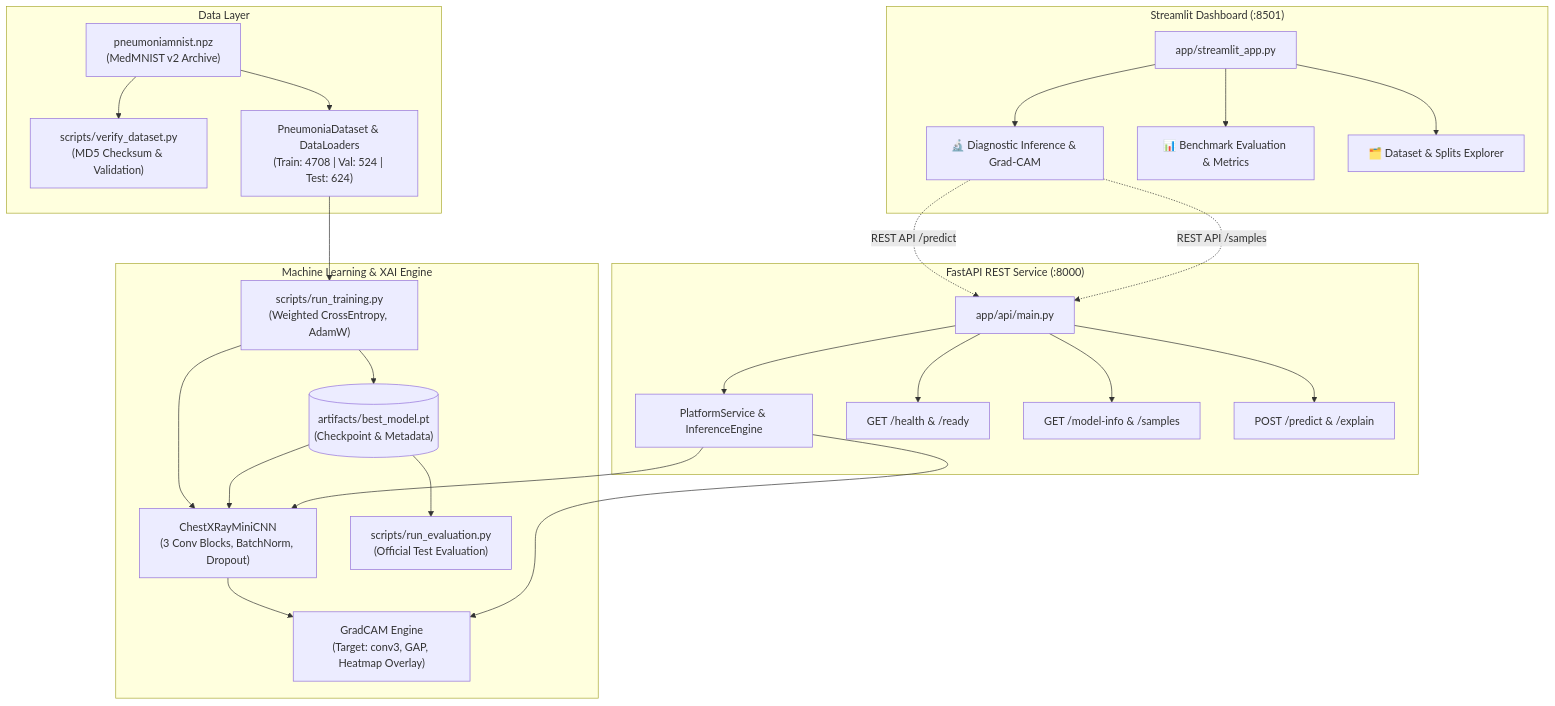
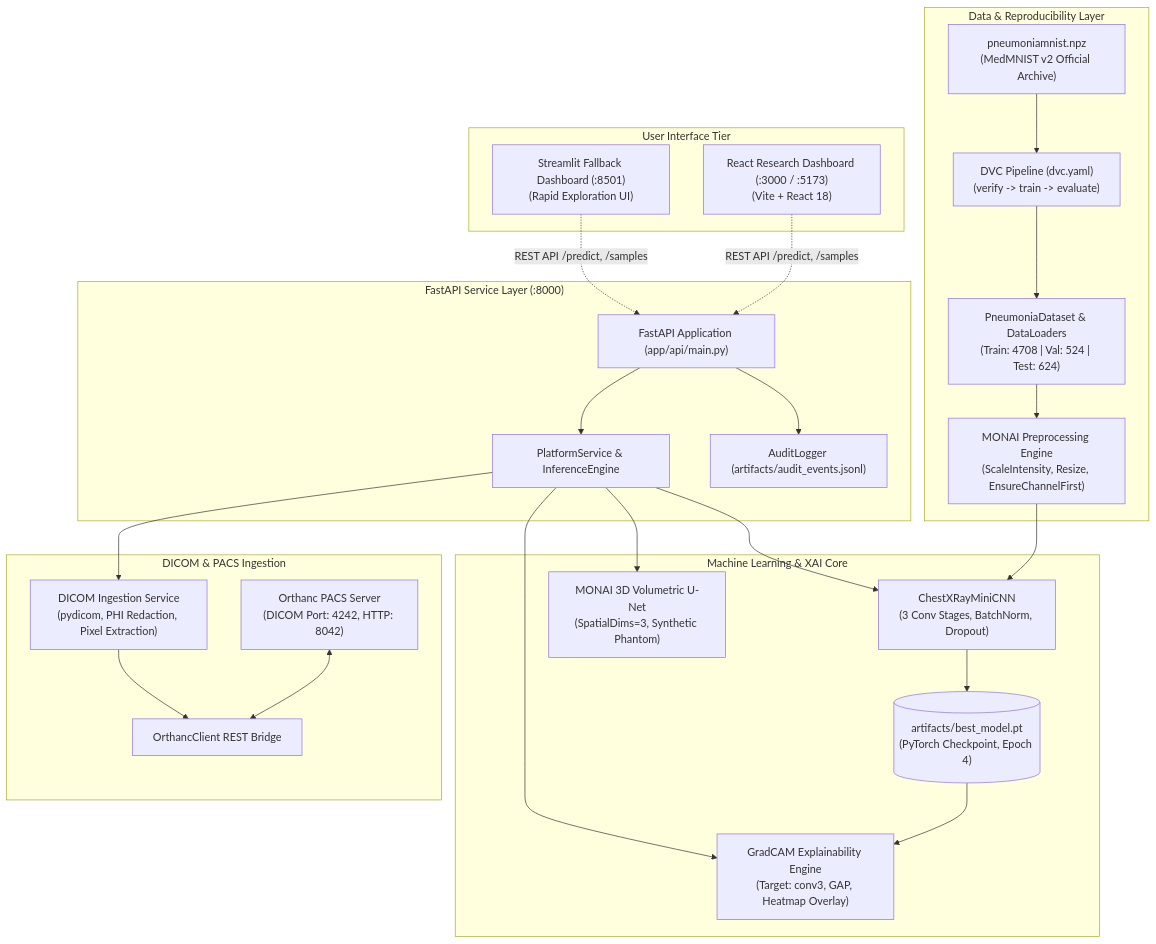
Before and after one commit to shivam-shukla888/ai-medical-imaging-platform: the diagram in README.md, drawn with Mermaid. The commit also changed other lines of this file and 33 other files, not shown here.

Commit message:
feat: complete MONAI integration, Orthanc DICOM workflow, DVC pipeline, React dashboard, audit logger, and full internship submission package

````diff
--- a/README.md
+++ b/README.md
@@ -31,54 +40,54 @@
 ```mermaid
 flowchart TD
-    subgraph Data ["Data Layer"]
-        NPZ["pneumoniamnist.npz\n(MedMNIST v2 Archive)"]
-        VERIFY["scripts/verify_dataset.py\n(MD5 Checksum & Validation)"]
+    subgraph DataLayer ["Data & Reproducibility Layer"]
+        RAW["pneumoniamnist.npz\n(MedMNIST v2 Official Archive)"]
+        DVC["DVC Pipeline (dvc.yaml)\n(verify -> train -> evaluate)"]
         LOADER["PneumoniaDataset & DataLoaders\n(Train: 4708 | Val: 524 | Test: 624)"]
-        NPZ --> VERIFY
-        NPZ --> LOADER
+        MONAI_T["MONAI Preprocessing Engine\n(ScaleIntensity, Resize, EnsureChannelFirst)"]
+
+        RAW --> DVC
+        DVC --> LOADER
+        LOADER --> MONAI_T
     end
 
-    subgraph CoreML ["Machine Learning & XAI Engine"]
-        CNN["ChestXRayMiniCNN\n(3 Conv Blocks, BatchNorm, Dropout)"]
-        TRAIN["scripts/run_training.py\n(Weighted CrossEntropy, AdamW)"]
-        CKPT[("artifacts/best_model.pt\n(Checkpoint & Metadata)")]
-        EVAL["scripts/run_evaluation.py\n(Official Test Evaluation)"]
-        GCAM["GradCAM Engine\n(Target: conv3, GAP, Heatmap Overlay)"]
+    subgraph MLLayer ["Machine Learning & XAI Core"]
+        CNN["ChestXRayMiniCNN\n(3 Conv Stages, BatchNorm, Dropout)"]
+        CKPT[("artifacts/best_model.pt\n(PyTorch Checkpoint, Epoch 4)")]
+        GRADCAM["GradCAM Explainability Engine\n(Target: conv3, GAP, Heatmap Overlay)"]
+        MONAI_3D["MONAI 3D Volumetric U-Net\n(SpatialDims=3, Synthetic Phantom)"]
 
-        LOADER --> TRAIN
-        TRAIN --> CNN
-        TRAIN --> CKPT
-        CKPT --> EVAL
-        CKPT --> CNN
-        CNN --> GCAM
+        MONAI_T --> CNN
+        CNN --> CKPT
+        CKPT --> GRADCAM
     end
 
-    subgraph Backend ["FastAPI REST Service (:8000)"]
-        APP["app/api/main.py"]
-        SVC["PlatformService & InferenceEngine"]
-        EP1["GET /health & /ready"]
-        EP2["GET /model-info & /samples"]
-        EP3["POST /predict & /explain"]
+    subgraph PACSLayer ["DICOM & PACS Ingestion"]
+        ORTHANC["Orthanc PACS Server\n(DICOM Port: 4242, HTTP: 8042)"]
+        DICOM_INGEST["DICOM Ingestion Service\n(pydicom, PHI Redaction, Pixel Extraction)"]
+        ORTHANC_CLIENT["OrthancClient REST Bridge"]
 
-        APP --> SVC
-        SVC --> CNN
-        SVC --> GCAM
-        APP --> EP1
-        APP --> EP2
-        APP --> EP3
+        ORTHANC <--> ORTHANC_CLIENT
+        DICOM_INGEST --> ORTHANC_CLIENT
     end
 
-    subgraph Frontend ["Streamlit Dashboard (:8501)"]
-        DASH["app/streamlit_app.py"]
-        TAB1["🔬 Diagnostic Inference & Grad-CAM"]
-        TAB2["📊 Benchmark Evaluation & Metrics"]
-        TAB3["🗂️ Dataset & Splits Explorer"]
+    subgraph BackendLayer ["FastAPI Service Layer (:8000)"]
+        API["FastAPI Application (app/api/main.py)"]
+        SVC["PlatformService & InferenceEngine"]
+        AUDIT["AuditLogger (artifacts/audit_events.jsonl)"]
 
-        DASH --> TAB1
-        DASH --> TAB2
-        DASH --> TAB3
+        API --> SVC
+        API --> AUDIT
+        SVC --> CNN
+        SVC --> GRADCAM
+        SVC --> DICOM_INGEST
+        SVC --> MONAI_3D
     end
 
-    TAB1 -.->|REST API /predict| APP
-    TAB1 -.->|REST API /samples| APP
+    subgraph FrontendLayer ["User Interface Tier"]
+        REACT["React Research Dashboard (:3000 / :5173)\n(Vite + React 18)"]
+        STREAMLIT["Streamlit Fallback Dashboard (:8501)\n(Rapid Exploration UI)"]
+
+        REACT -.->|REST API /predict, /samples| API
+        STREAMLIT -.->|REST API /predict, /samples| API
+    end
 ```
````
